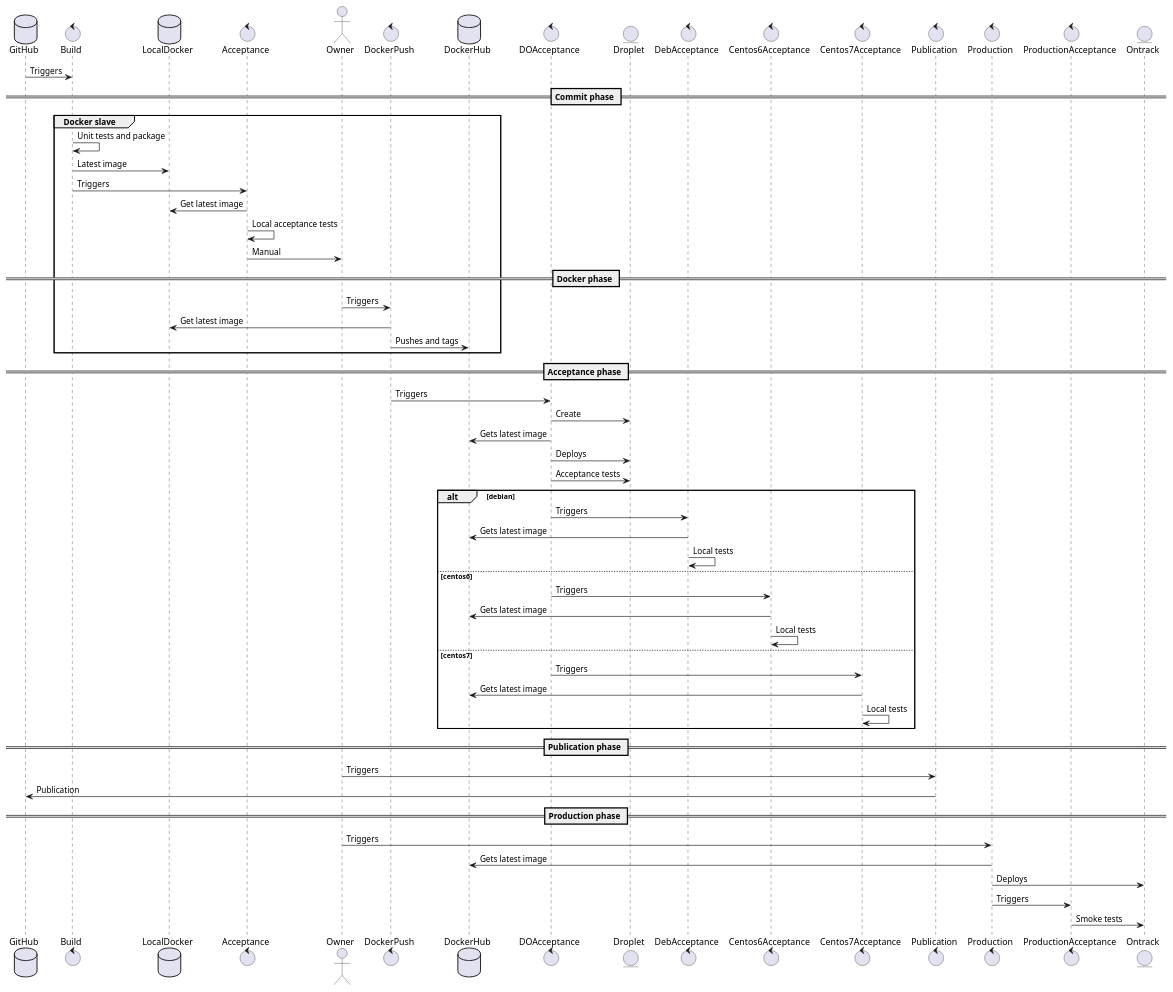
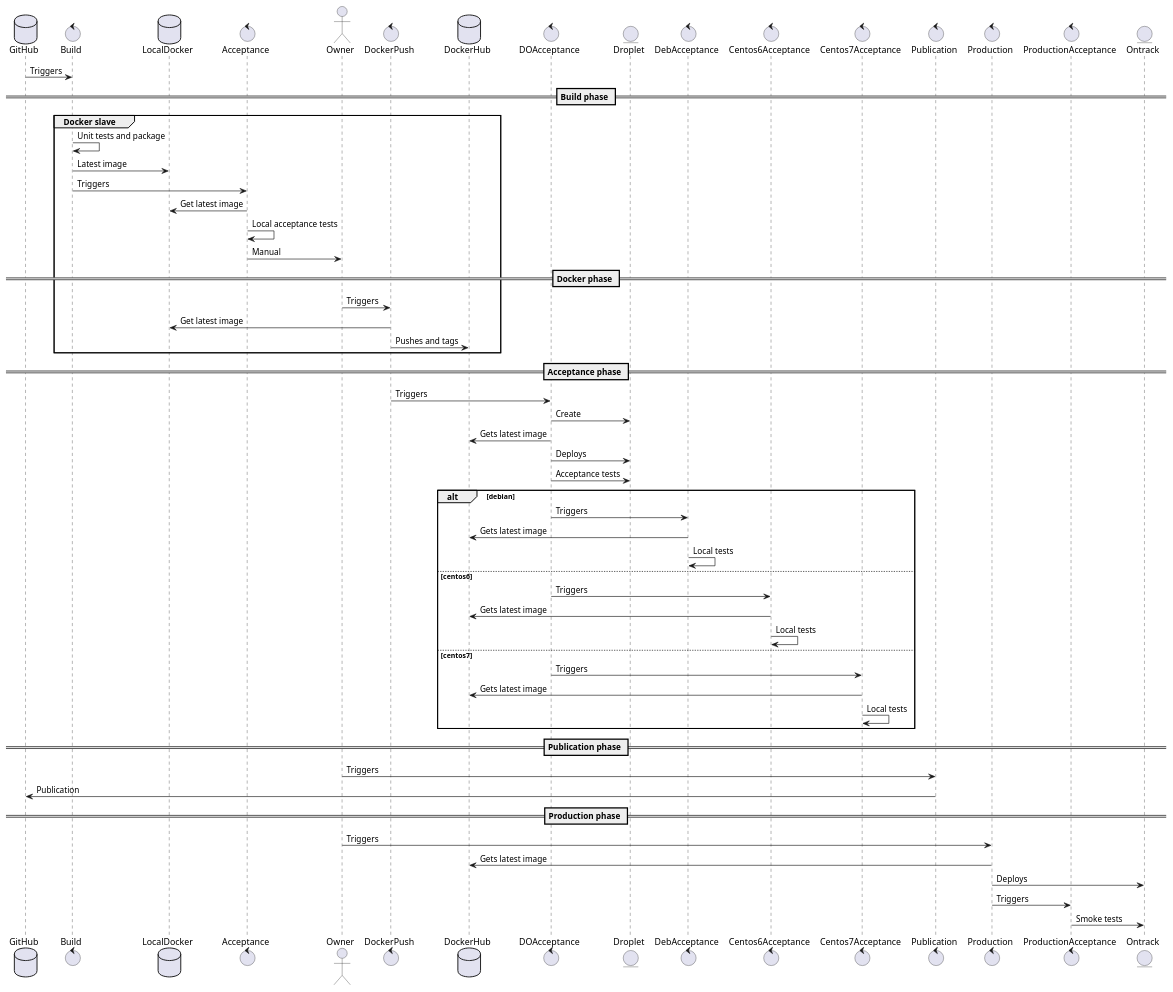
The diagram in doc/pipeline.md (echalkpad/ontrack), drawn with PlantUML before and after one commit. The commit also changed 1 other file, not shown here.

Commit message:
Jenkinsfile + doc

```diff
--- a/doc/pipeline.md
+++ b/doc/pipeline.md
@@ -4,71 +4,71 @@
 @startuml
 database GitHub
 control Build
 database LocalDocker
 control Acceptance
 actor Owner
 control DockerPush
 database DockerHub
 control DOAcceptance
 entity Droplet
 control DebAcceptance
 control Centos6Acceptance
 control Centos7Acceptance
 control Publication
 control Production
 control ProductionAcceptance
 entity Ontrack
 
 GitHub -> Build: Triggers
 
-== Commit phase ==
+== Build phase ==
 
 group Docker slave
     Build -> Build: Unit tests and package
     Build -> LocalDocker: Latest image
     Build -> Acceptance: Triggers
     Acceptance -> LocalDocker: Get latest image
     Acceptance -> Acceptance: Local acceptance tests
     Acceptance -> Owner: Manual
     == Docker phase ==
     Owner -> DockerPush: Triggers
     DockerPush -> LocalDocker: Get latest image
     DockerPush -> DockerHub: Pushes and tags
 end
 
 == Acceptance phase ==
 
 DockerPush -> DOAcceptance: Triggers
 DOAcceptance -> Droplet: Create
 DOAcceptance -> DockerHub: Gets latest image
 DOAcceptance -> Droplet: Deploys
 DOAcceptance -> Droplet: Acceptance tests
 
 alt debian
     DOAcceptance -> DebAcceptance: Triggers
     DebAcceptance -> DockerHub: Gets latest image
     DebAcceptance -> DebAcceptance: Local tests
 else centos6
     DOAcceptance -> Centos6Acceptance: Triggers
     Centos6Acceptance -> DockerHub: Gets latest image
     Centos6Acceptance -> Centos6Acceptance: Local tests
 else centos7
     DOAcceptance -> Centos7Acceptance: Triggers
     Centos7Acceptance -> DockerHub: Gets latest image
     Centos7Acceptance -> Centos7Acceptance: Local tests
 end
 
 == Publication phase ==
 
 Owner -> Publication: Triggers
 Publication -> GitHub: Publication
 
 == Production phase ==
 
 Owner -> Production: Triggers
 Production -> DockerHub: Gets latest image
 Production -> Ontrack: Deploys
 Production -> ProductionAcceptance: Triggers
 ProductionAcceptance -> Ontrack: Smoke tests
 
 @enduml
```
